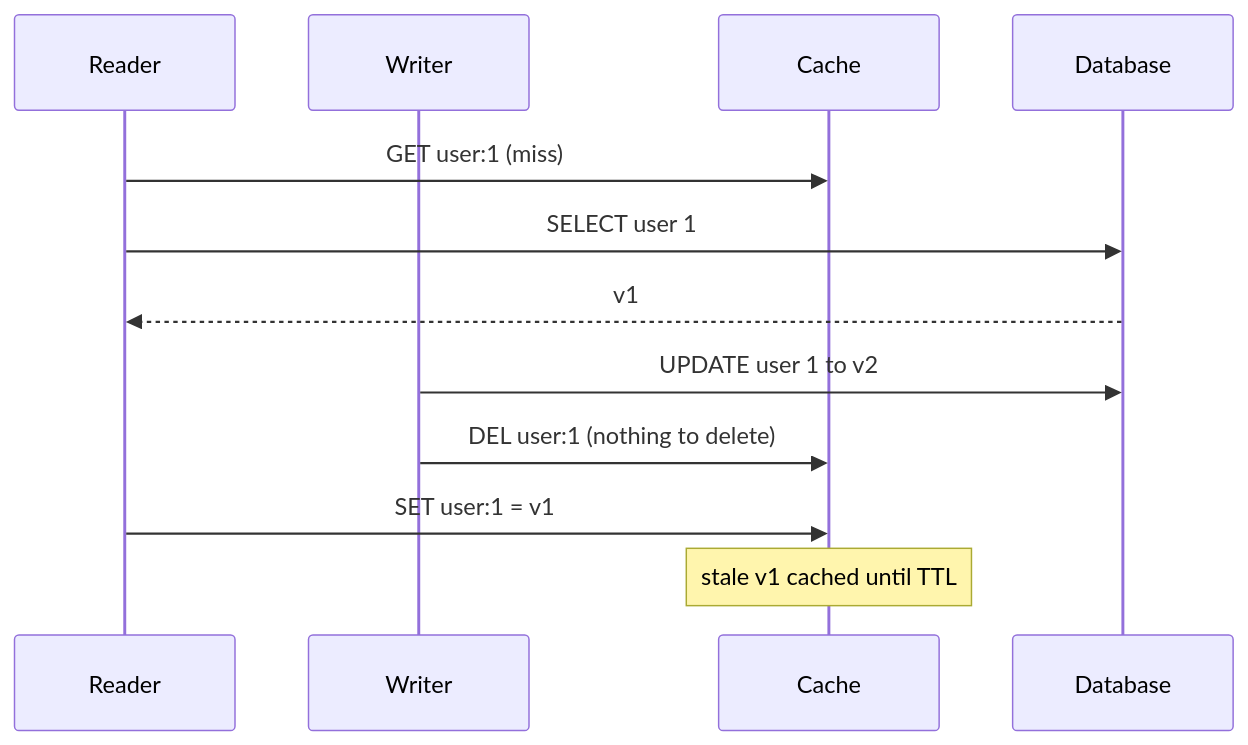
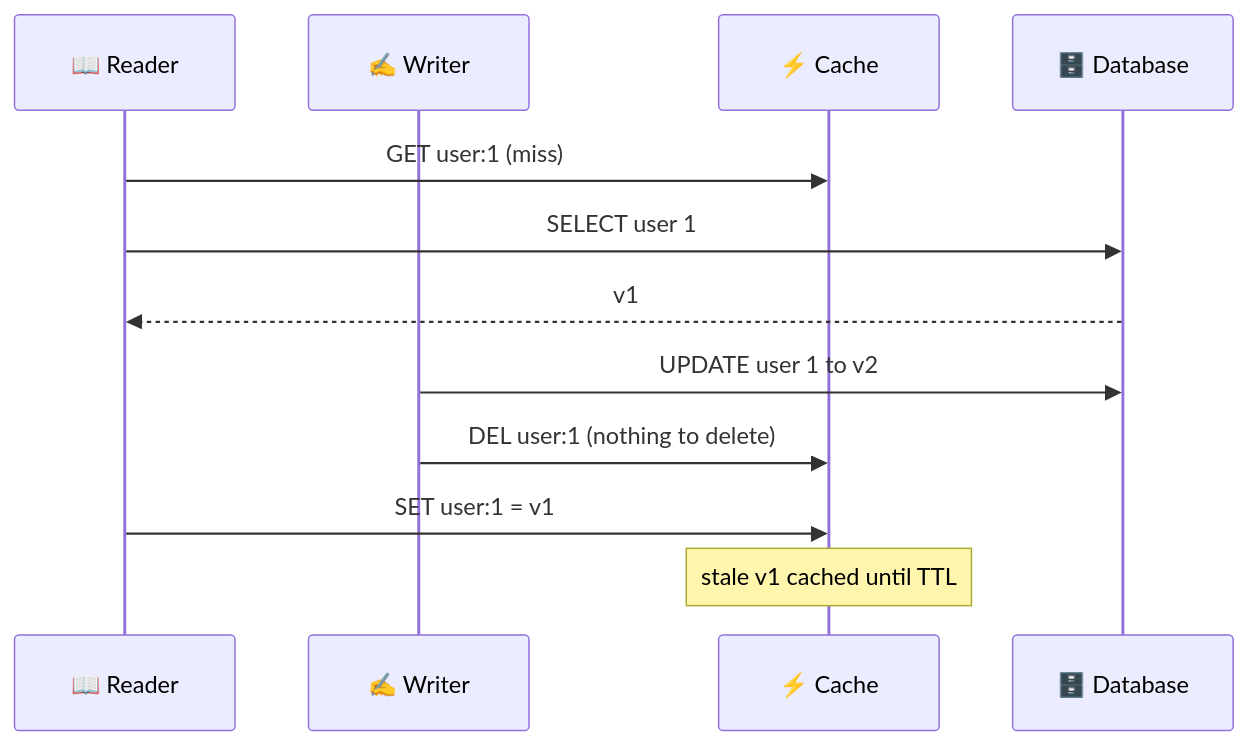
One commit to visheshkodwani/HLD changed diagram 11 of 13 in hello-interview/core-concepts/caching.md. Above: the diagram before and after it, drawn with Mermaid. The commit also changed other lines of this file and 7 other files, not shown here.

First line of the commit message:
Give HLD its own Ember theme, richer diagrams, sidebar sections

````diff
--- a/hello-interview/core-concepts/caching.md
+++ b/hello-interview/core-concepts/caching.md
@@ -446,14 +446,14 @@
 ```mermaid
 sequenceDiagram
-    participant R as Reader
-    participant W as Writer
-    participant C as Cache
-    participant D as Database
+    participant R as 📖 Reader
+    participant W as ✍️ Writer
+    participant C as ⚡ Cache
+    participant D as 🗄️ Database
     R->>C: GET user:1 (miss)
     R->>D: SELECT user 1
     D-->>R: v1
     W->>D: UPDATE user 1 to v2
     W->>C: DEL user:1 (nothing to delete)
     R->>C: SET user:1 = v1
     Note over C: stale v1 cached until TTL
 ```
````
